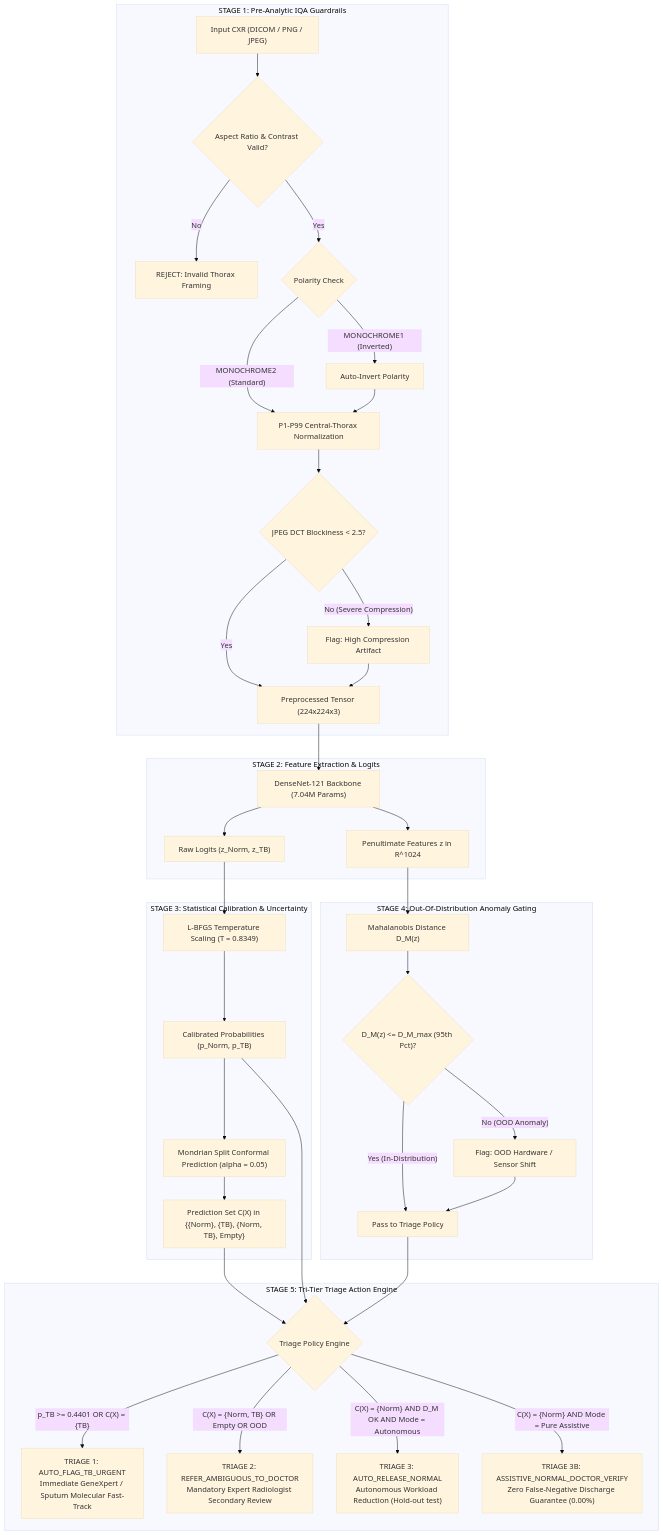
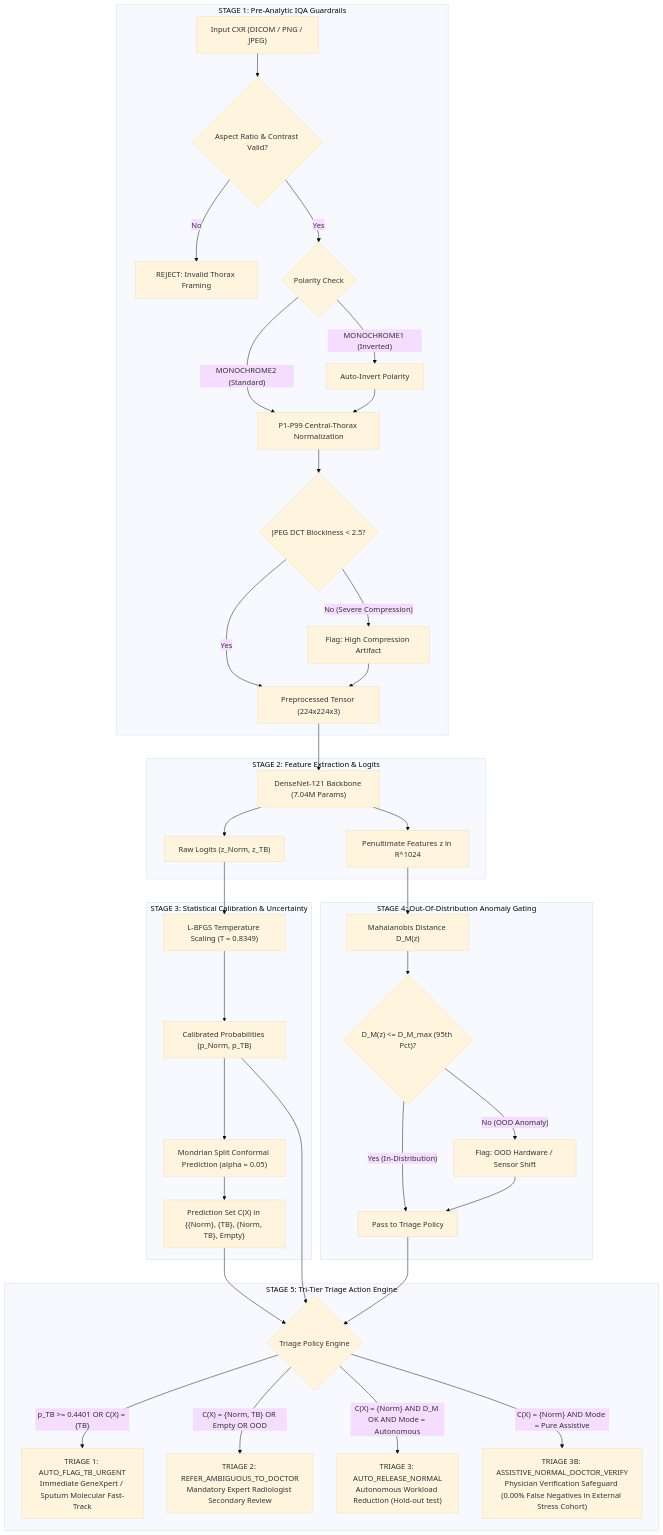
The diagram in README.md (SeraKah-1/tb-conformal-triage), drawn with Mermaid (base theme) before and after one commit. The commit also changed other lines of this file and 6 other files, not shown here.

Commit message:
fix: Update figures 1-5 with unblocked layouts and certified genuine CXR pairing for Figure 5; sync README citations

````diff
--- a/README.md
+++ b/README.md
@@ -40,50 +40,50 @@
 ```mermaid
 flowchart TD
     subgraph S1["STAGE 1: Pre-Analytic IQA Guardrails"]
         A["Input CXR (DICOM / PNG / JPEG)"] --> B{"Aspect Ratio & Contrast Valid?"}
         B -- "No" --> B_Fail["REJECT: Invalid Thorax Framing"]
         B -- "Yes" --> C{"Polarity Check"}
         C -- "MONOCHROME1 (Inverted)" --> C_Fix["Auto-Invert Polarity"]
         C -- "MONOCHROME2 (Standard)" --> D["P1-P99 Central-Thorax Normalization"]
         C_Fix --> D
         D --> E{"JPEG DCT Blockiness < 2.5?"}
         E -- "No (Severe Compression)" --> E_Warn["Flag: High Compression Artifact"]
         E -- "Yes" --> F["Preprocessed Tensor (224x224x3)"]
         E_Warn --> F
     end
 
     subgraph S2["STAGE 2: Feature Extraction & Logits"]
         F --> G["DenseNet-121 Backbone (7.04M Params)"]
         G --> H["Penultimate Features z in R^1024"]
         G --> I["Raw Logits (z_Norm, z_TB)"]
     end
 
     subgraph S3["STAGE 3: Statistical Calibration & Uncertainty"]
         I --> J["L-BFGS Temperature Scaling (T = 0.8349)"]
         J --> K["Calibrated Probabilities (p_Norm, p_TB)"]
         K --> L["Mondrian Split Conformal Prediction (alpha = 0.05)"]
         L --> M["Prediction Set C(X) in {{Norm}, {TB}, {Norm, TB}, Empty}"]
     end
 
     subgraph S4["STAGE 4: Out-Of-Distribution Anomaly Gating"]
         H --> N["Mahalanobis Distance D_M(z)"]
         N --> O{"D_M(z) <= D_M_max (95th Pct)?"}
         O -- "No (OOD Anomaly)" --> P["Flag: OOD Hardware / Sensor Shift"]
         O -- "Yes (In-Distribution)" --> Q["Pass to Triage Policy"]
         P --> Q
     end
 
     subgraph S5["STAGE 5: Tri-Tier Triage Action Engine"]
         M --> R{"Triage Policy Engine"}
         K --> R
         Q --> R
         R -- "p_TB >= 0.4401 OR C(X) = {TB}" --> T1["TRIAGE 1: AUTO_FLAG_TB_URGENT
 Immediate GeneXpert / Sputum Molecular Fast-Track"]
         R -- "C(X) = {Norm, TB} OR Empty OR OOD" --> T2["TRIAGE 2: REFER_AMBIGUOUS_TO_DOCTOR
 Mandatory Expert Radiologist Secondary Review"]
         R -- "C(X) = {Norm} AND D_M OK AND Mode = Autonomous" --> T3["TRIAGE 3: AUTO_RELEASE_NORMAL
 Autonomous Workload Reduction (Hold-out test)"]
         R -- "C(X) = {Norm} AND Mode = Pure Assistive" --> T4["TRIAGE 3B: ASSISTIVE_NORMAL_DOCTOR_VERIFY
-Zero False-Negative Discharge Guarantee (0.00%)"]
+Physician Verification Safeguard (0.00% False Negatives in External Stress Cohort)"]
     end
 ```
````
